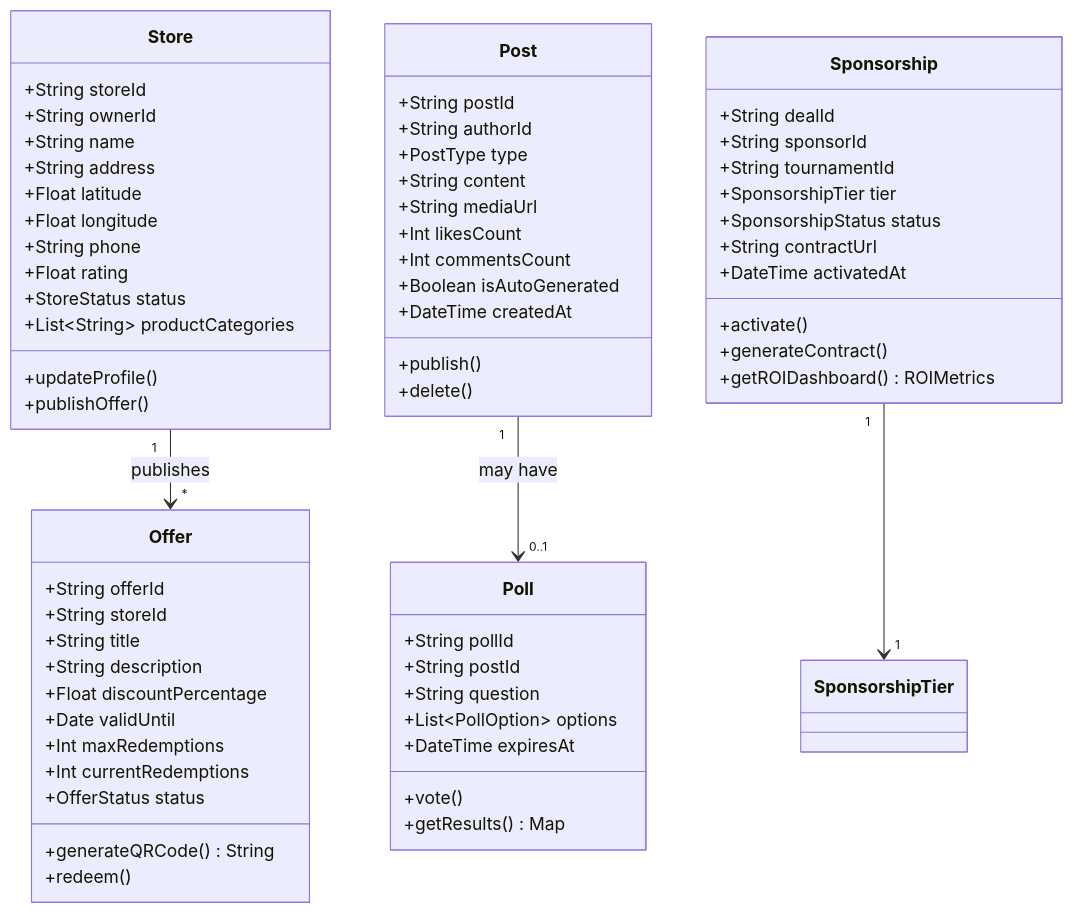
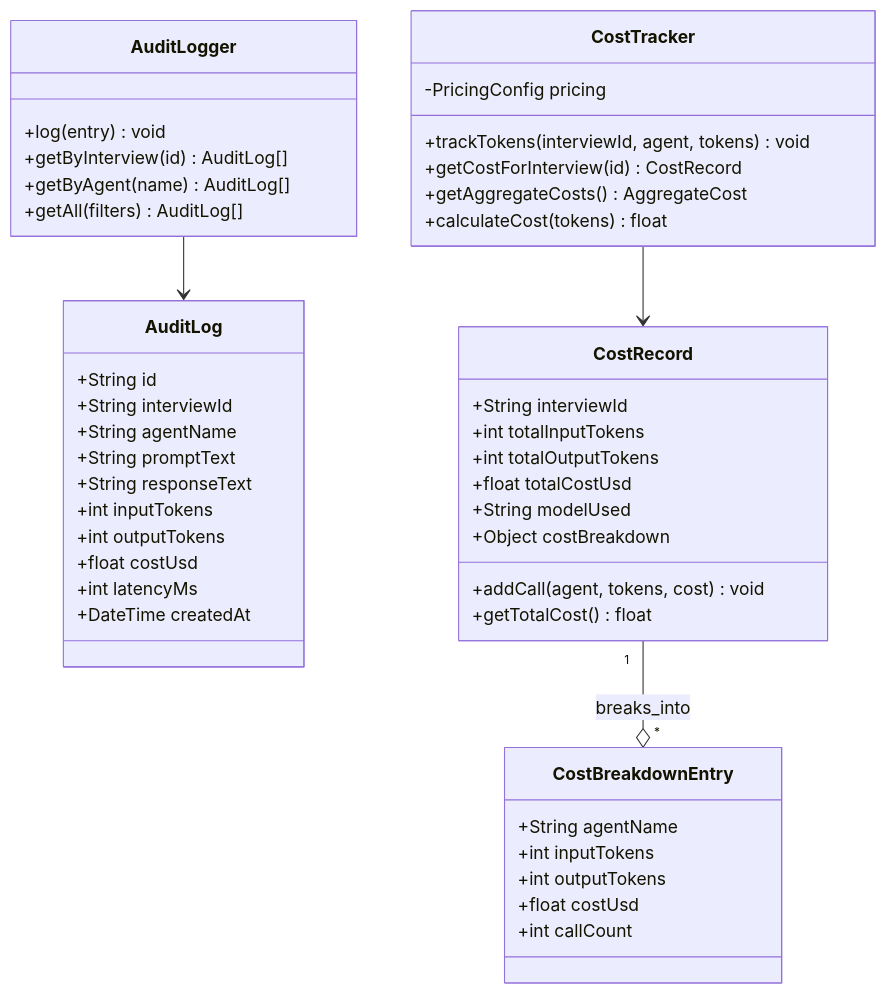
The fourth of 5 diagrams in CLASS_DIAGRAM.md (adityasinghz/kata), drawn with Mermaid before and after one commit. The commit also changed other lines of this file and 20 other files, not shown here.

````diff
--- a/CLASS_DIAGRAM.md
+++ b/CLASS_DIAGRAM.md
@@ -352,72 +241,54 @@
 ```mermaid
 classDiagram
-    class Store {
-        +String storeId
-        +String ownerId
-        +String name
-        +String address
-        +Float latitude
-        +Float longitude
-        +String phone
-        +Float rating
-        +StoreStatus status
-        +List~String~ productCategories
-        +updateProfile()
-        +publishOffer()
+    class AuditLog {
+        +String id
+        +String interviewId
+        +String agentName
+        +String promptText
+        +String responseText
+        +int inputTokens
+        +int outputTokens
+        +float costUsd
+        +int latencyMs
+        +DateTime createdAt
     }
 
-    class Offer {
-        +String offerId
-        +String storeId
-        +String title
-        +String description
-        +Float discountPercentage
-        +Date validUntil
-        +Int maxRedemptions
-        +Int currentRedemptions
-        +OfferStatus status
-        +generateQRCode() String
-        +redeem()
+    class CostRecord {
+        +String interviewId
+        +int totalInputTokens
+        +int totalOutputTokens
+        +float totalCostUsd
+        +String modelUsed
+        +Object costBreakdown
+        +addCall(agent, tokens, cost) void
+        +getTotalCost() float
     }
 
-    class Post {
-        +String postId
-        +String authorId
-        +PostType type
-        +String content
-        +String mediaUrl
-        +Int likesCount
-        +Int commentsCount
-        +Boolean isAutoGenerated
-        +DateTime createdAt
-        +publish()
-        +delete()
+    class CostBreakdownEntry {
+        +String agentName
+        +int inputTokens
+        +int outputTokens
+        +float costUsd
+        +int callCount
     }
 
-    class Poll {
-        +String pollId
-        +String postId
-        +String question
-        +List~PollOption~ options
-        +DateTime expiresAt
-        +vote()
-        +getResults() Map
+    CostRecord "1" --o "*" CostBreakdownEntry : breaks_into
+
+    class AuditLogger {
+        +log(entry) void
+        +getByInterview(id) AuditLog[]
+        +getByAgent(name) AuditLog[]
+        +getAll(filters) AuditLog[]
     }
 
-    class Sponsorship {
-        +String dealId
-        +String sponsorId
-        +String tournamentId
-        +SponsorshipTier tier
-        +SponsorshipStatus status
-        +String contractUrl
-        +DateTime activatedAt
-        +activate()
-        +generateContract()
-        +getROIDashboard() ROIMetrics
+    class CostTracker {
+        -PricingConfig pricing
+        +trackTokens(interviewId, agent, tokens) void
+        +getCostForInterview(id) CostRecord
+        +getAggregateCosts() AggregateCost
+        +calculateCost(tokens) float
     }
 
-    Store "1" --> "*" Offer : publishes
-    Post "1" --> "0..1" Poll : may have
-    Sponsorship "1" --> "1" SponsorshipTier
+    AuditLogger --> AuditLog
+    CostTracker --> CostRecord
 ```
````
